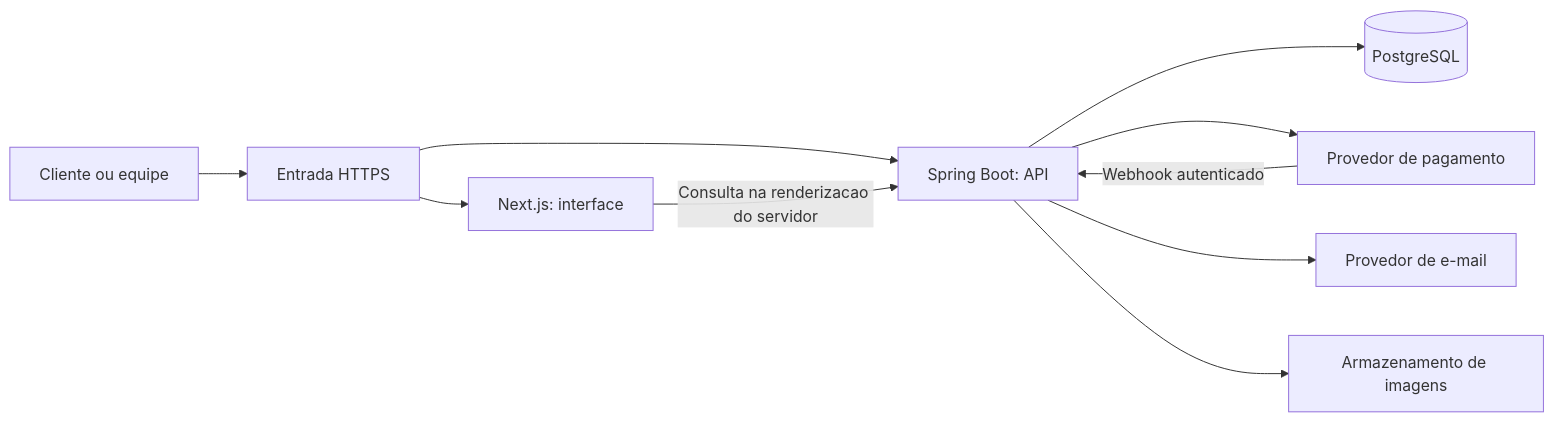
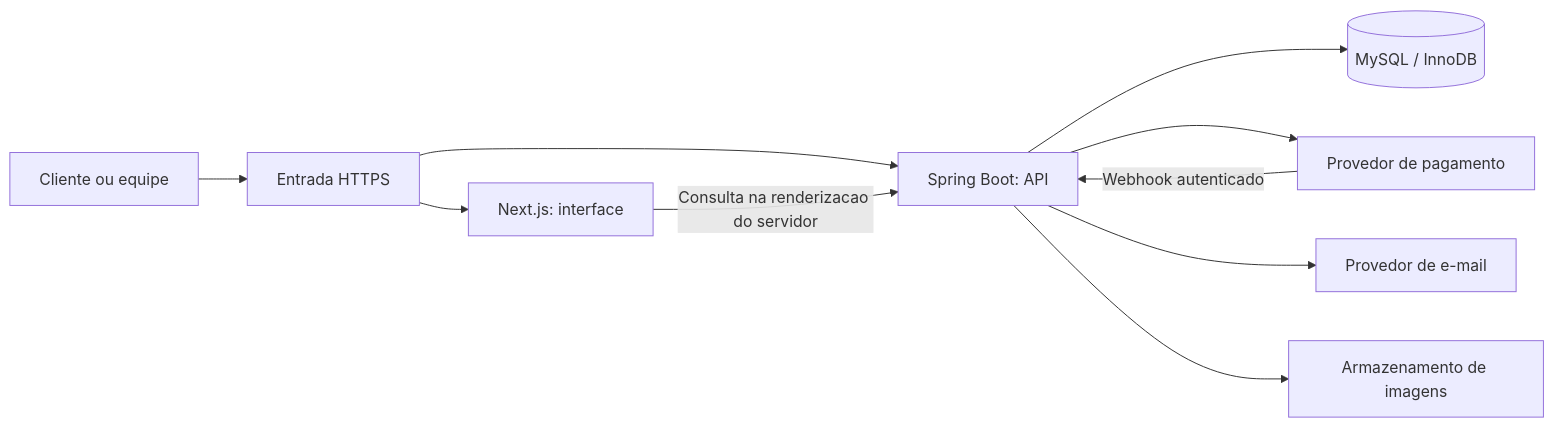
One commit to Brobece/puzzle-bar changed the first of 2 diagrams in docs/planejamento.md. Above: the diagram before and after it, drawn with Mermaid. The commit also changed other lines of this file and 36 other files, not shown here.

````diff
--- a/docs/planejamento.md
+++ b/docs/planejamento.md
@@ -129,12 +129,12 @@
 ```mermaid
 flowchart LR
     C[Cliente ou equipe] --> G[Entrada HTTPS]
     G --> N[Next.js: interface]
     G --> S[Spring Boot: API]
     N -->|Consulta na renderizacao do servidor| S
-    S --> P[(PostgreSQL)]
+    S --> P[(MySQL / InnoDB)]
     S --> X[Provedor de pagamento]
     X -->|Webhook autenticado| S
     S --> E[Provedor de e-mail]
     S --> A[Armazenamento de imagens]
 ```
````
